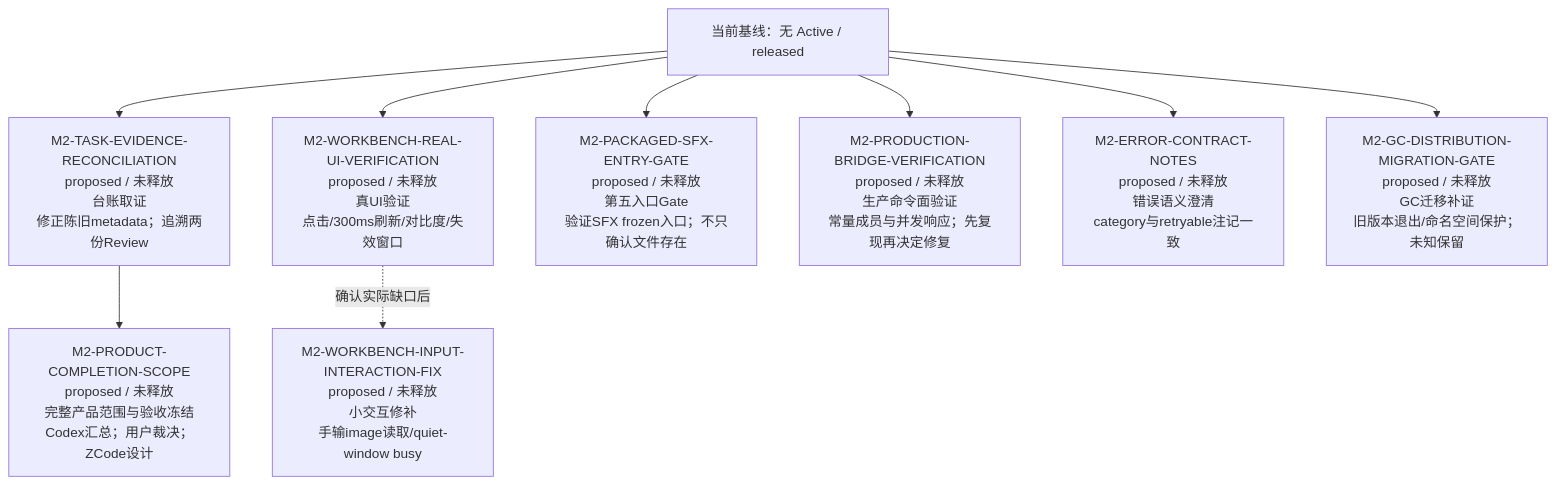
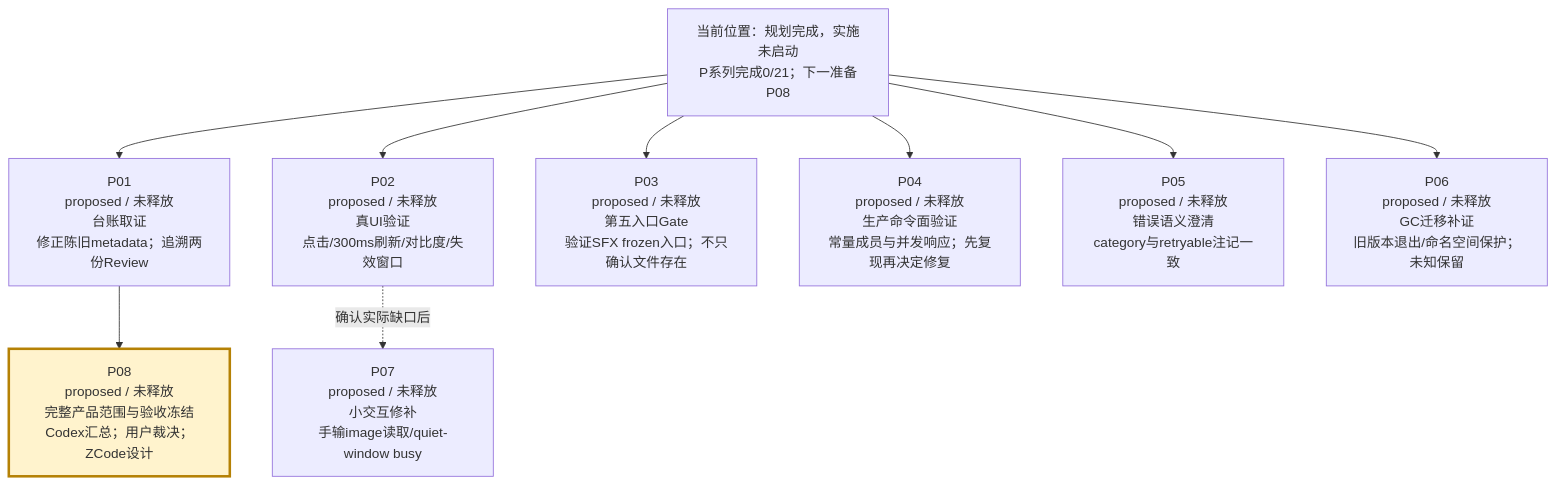
One commit to peakwheat-pixel/New-Manga changed the second of 4 diagrams in verification/PROJECT-ROADMAP-20261008/ROADMAP.md. Above: the diagram before and after it, drawn with Mermaid. The commit also changed other lines of this file and 8 other files, not shown here.

Commit message:
docs: restore consecutive P roadmap numbering and progress markers

````diff
--- a/verification/PROJECT-ROADMAP-20261008/ROADMAP.md
+++ b/verification/PROJECT-ROADMAP-20261008/ROADMAP.md
@@ -26,11 +28,12 @@
 ```mermaid
 flowchart TB
-  BASE["当前基线：无 Active / released"] --> M2-TASK-EVIDENCE-RECONCILIATION["M2-TASK-EVIDENCE-RECONCILIATION<br/>proposed / 未释放<br/>台账取证<br/>修正陈旧metadata；追溯两份Review"]
-  BASE --> M2-WORKBENCH-REAL-UI-VERIFICATION["M2-WORKBENCH-REAL-UI-VERIFICATION<br/>proposed / 未释放<br/>真UI验证<br/>点击/300ms刷新/对比度/失效窗口"]
-  BASE --> M2-PACKAGED-SFX-ENTRY-GATE["M2-PACKAGED-SFX-ENTRY-GATE<br/>proposed / 未释放<br/>第五入口Gate<br/>验证SFX frozen入口；不只确认文件存在"]
-  BASE --> M2-PRODUCTION-BRIDGE-VERIFICATION["M2-PRODUCTION-BRIDGE-VERIFICATION<br/>proposed / 未释放<br/>生产命令面验证<br/>常量成员与并发响应；先复现再决定修复"]
-  BASE --> M2-ERROR-CONTRACT-NOTES["M2-ERROR-CONTRACT-NOTES<br/>proposed / 未释放<br/>错误语义澄清<br/>category与retryable注记一致"]
-  BASE --> M2-GC-DISTRIBUTION-MIGRATION-GATE["M2-GC-DISTRIBUTION-MIGRATION-GATE<br/>proposed / 未释放<br/>GC迁移补证<br/>旧版本退出/命名空间保护；未知保留"]
-  M2-WORKBENCH-REAL-UI-VERIFICATION -. "确认实际缺口后" .-> M2-WORKBENCH-INPUT-INTERACTION-FIX["M2-WORKBENCH-INPUT-INTERACTION-FIX<br/>proposed / 未释放<br/>小交互修补<br/>手输image读取/quiet-window busy"]
-  M2-TASK-EVIDENCE-RECONCILIATION --> S["M2-PRODUCT-COMPLETION-SCOPE<br/>proposed / 未释放<br/>完整产品范围与验收冻结<br/>Codex汇总；用户裁决；ZCode设计"]
+  BASE["当前位置：规划完成，实施未启动<br/>P系列完成0/21；下一准备P08"] --> P01["P01<br/>proposed / 未释放<br/>台账取证<br/>修正陈旧metadata；追溯两份Review"]
+  BASE --> P02["P02<br/>proposed / 未释放<br/>真UI验证<br/>点击/300ms刷新/对比度/失效窗口"]
+  BASE --> P03["P03<br/>proposed / 未释放<br/>第五入口Gate<br/>验证SFX frozen入口；不只确认文件存在"]
+  BASE --> P04["P04<br/>proposed / 未释放<br/>生产命令面验证<br/>常量成员与并发响应；先复现再决定修复"]
+  BASE --> P05["P05<br/>proposed / 未释放<br/>错误语义澄清<br/>category与retryable注记一致"]
+  BASE --> P06["P06<br/>proposed / 未释放<br/>GC迁移补证<br/>旧版本退出/命名空间保护；未知保留"]
+  P02 -. "确认实际缺口后" .-> P07["P07<br/>proposed / 未释放<br/>小交互修补<br/>手输image读取/quiet-window busy"]
+  P01 --> P08["P08<br/>proposed / 未释放<br/>完整产品范围与验收冻结<br/>Codex汇总；用户裁决；ZCode设计"]
+  style P08 fill:#fff3cd,stroke:#b58105,stroke-width:3px
 ```
````
